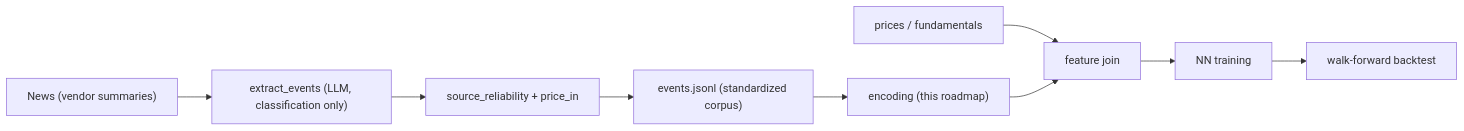
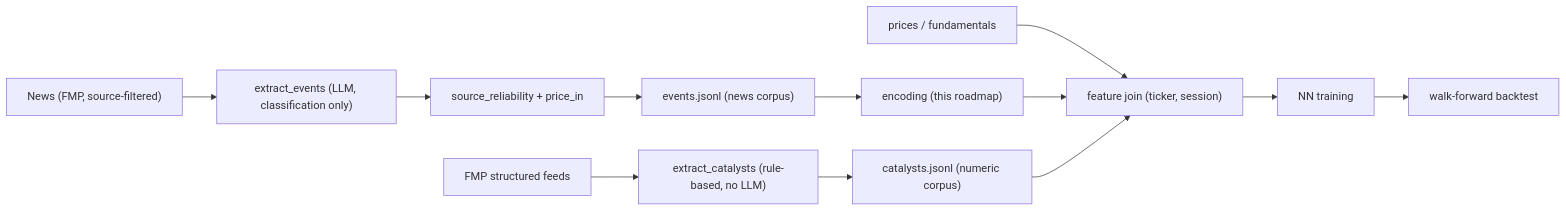
One commit to Kinokoztt/TradingAgents changed the diagram in docs/nn-pipeline-roadmap.md. Above: the diagram before and after it, drawn with Mermaid. The commit also changed other lines of this file and 10 other files, not shown here.

````diff
--- a/docs/nn-pipeline-roadmap.md
+++ b/docs/nn-pipeline-roadmap.md
@@ -15,11 +15,14 @@
 ```mermaid
 flowchart LR
-  News["News (vendor summaries)"] --> Extract["extract_events (LLM, classification only)"]
+  News["News (FMP, source-filtered)"] --> Extract["extract_events (LLM, classification only)"]
   Extract --> Enrich["source_reliability + price_in"]
-  Enrich --> JSONL["events.jsonl (standardized corpus)"]
+  Enrich --> JSONL["events.jsonl (news corpus)"]
+  FMP["FMP structured feeds"] --> Catalysts["extract_catalysts (rule-based, no LLM)"]
+  Catalysts --> CJSONL["catalysts.jsonl (numeric corpus)"]
   JSONL --> Encode["encoding (this roadmap)"]
-  Prices["prices / fundamentals"] --> Features["feature join"]
+  Prices["prices / fundamentals"] --> Features["feature join (ticker, session)"]
   Encode --> Features
+  CJSONL --> Features
   Features --> Train["NN training"]
   Train --> Backtest["walk-forward backtest"]
 ```
````
